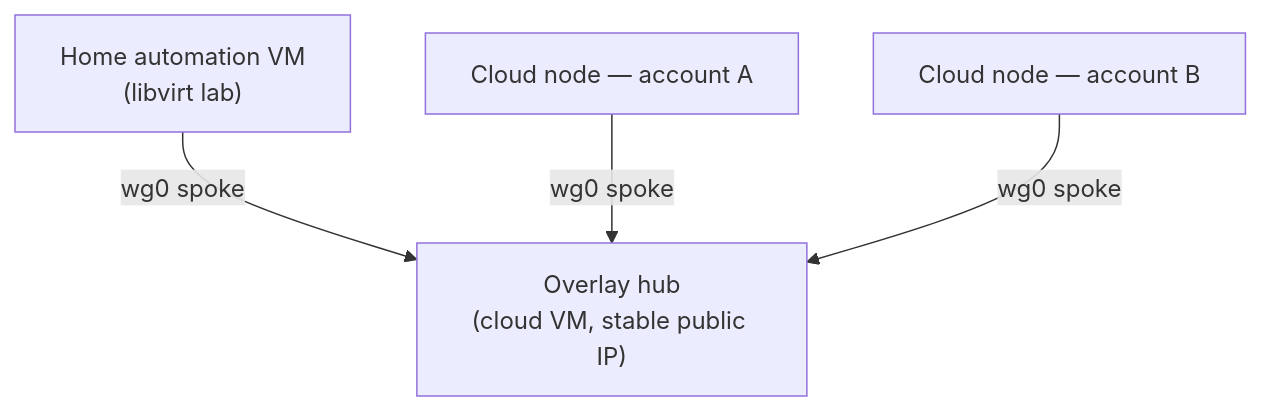
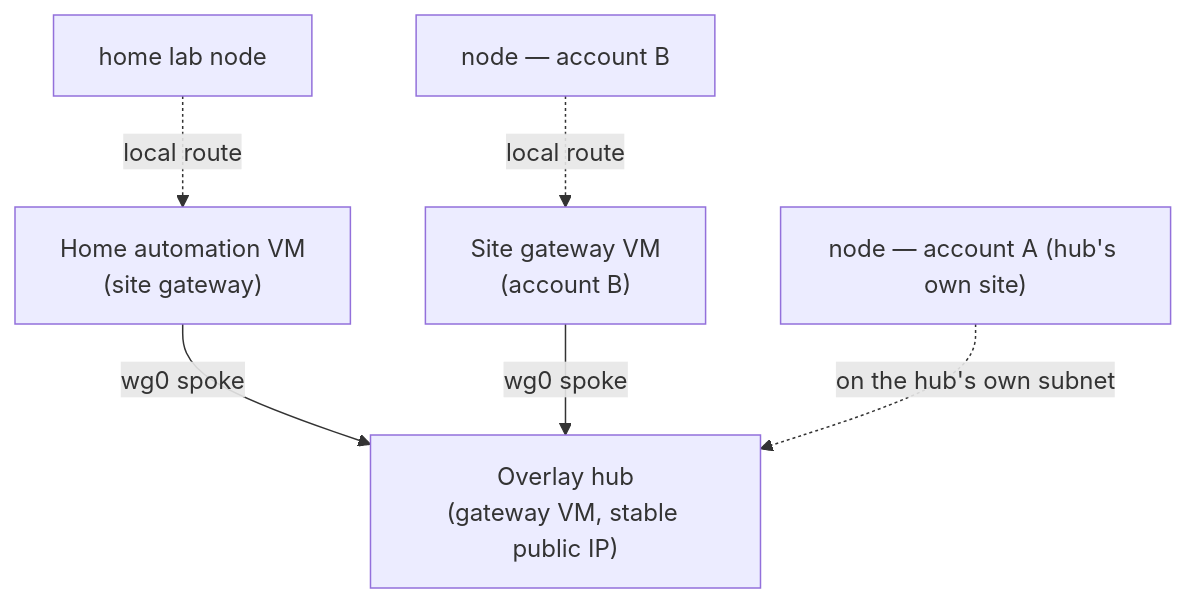
One commit to SUSE-Technical-Marketing/lab-in-a-box changed the fourth of 6 diagrams in README.md. Above: the diagram before and after it, drawn with Mermaid. The commit also changed other lines of this file and 13 other files, not shown here.

````diff
--- a/README.md
+++ b/README.md
@@ -196,10 +196,14 @@
 ```mermaid
 graph TD
-    Hub["Overlay hub<br/>(cloud VM, stable public IP)"]
-    Home["Home automation VM<br/>(libvirt lab)"]
-    A["Cloud node — account A"]
-    B["Cloud node — account B"]
-    Home -- "wg0 spoke" --> Hub
-    A -- "wg0 spoke" --> Hub
-    B -- "wg0 spoke" --> Hub
+    Hub["Overlay hub<br/>(gateway VM, stable public IP)"]
+    HomeGW["Home automation VM<br/>(site gateway)"]
+    GWB["Site gateway VM<br/>(account B)"]
+    HomeNode["home lab node"]
+    NodeA["node — account A (hub's own site)"]
+    NodeB["node — account B"]
+    HomeGW -- "wg0 spoke" --> Hub
+    GWB -- "wg0 spoke" --> Hub
+    HomeNode -. "local route" .-> HomeGW
+    NodeB -. "local route" .-> GWB
+    NodeA -. "on the hub's own subnet" .-> Hub
 ```
````
